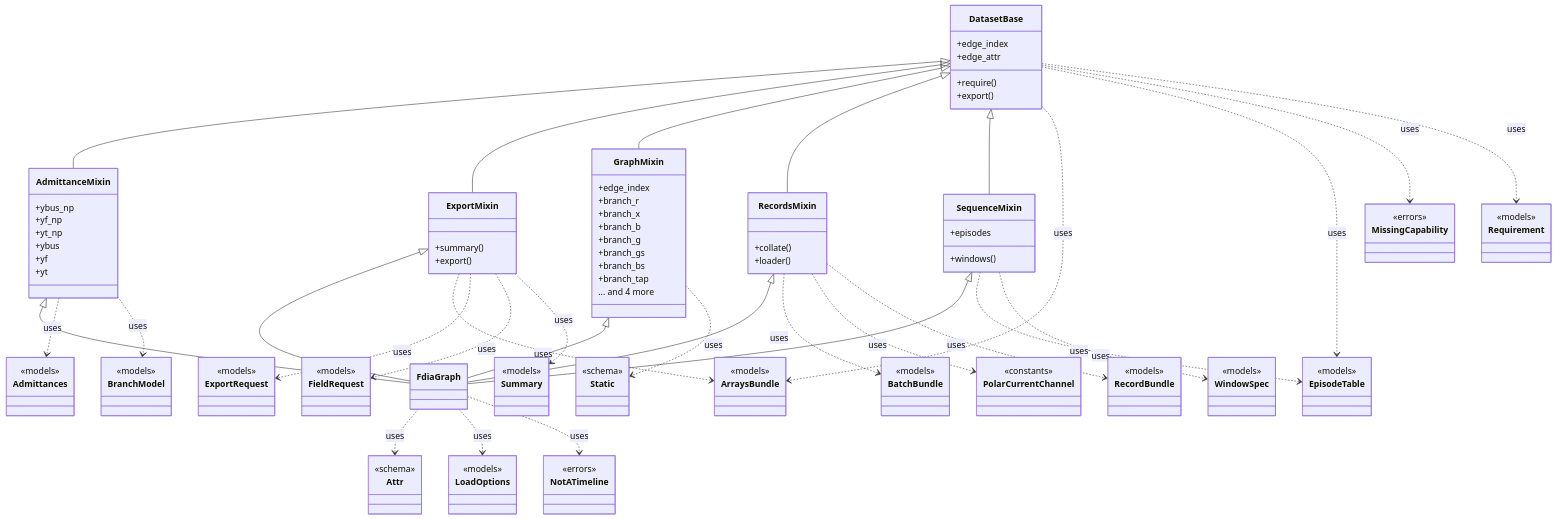
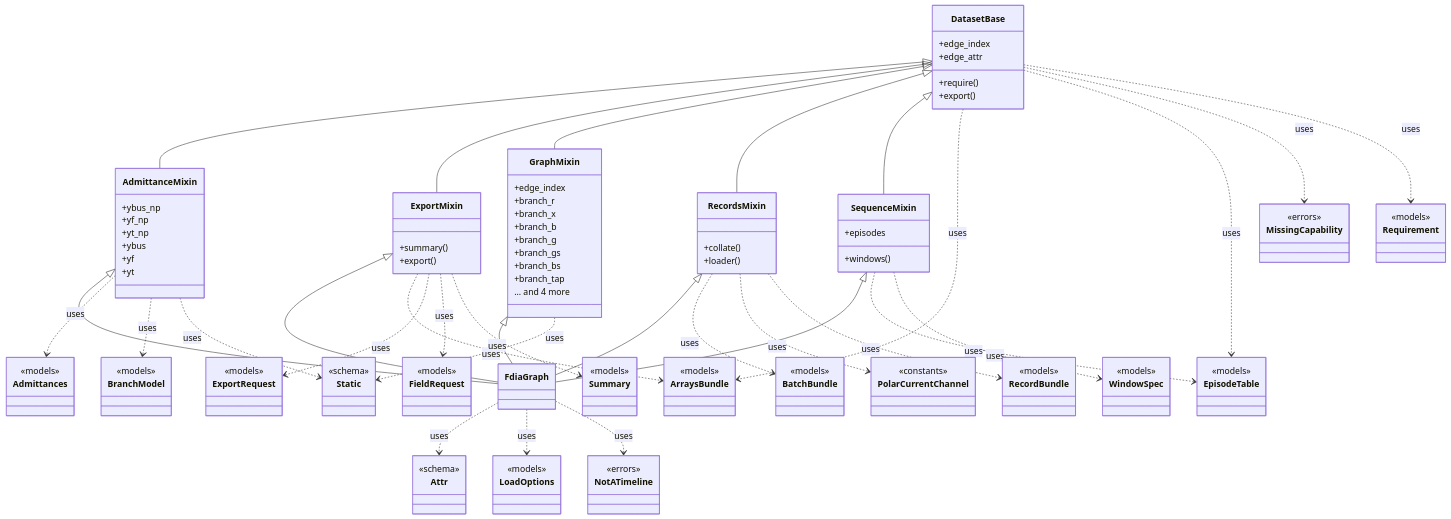
Before and after one commit to myersben9/fdia-graph: the diagram in docs/figures/diagrams/classes_dataset.mmd, drawn with Mermaid. The commit also changed 67 other files, not shown here.

```diff
--- a/docs/figures/diagrams/classes_dataset.mmd
+++ b/docs/figures/diagrams/classes_dataset.mmd
@@ -1,120 +1,121 @@
 classDiagram
     class DatasetBase {
         +require()
         +edge_index
         +edge_attr
         +export()
     }
     class GraphMixin {
         +edge_index
         +branch_r
         +branch_x
         +branch_b
         +branch_g
         +branch_gs
         +branch_bs
         +branch_tap
         ... and 4 more
     }
     class AdmittanceMixin {
         +ybus_np
         +yf_np
         +yt_np
         +ybus
         +yf
         +yt
     }
     class RecordsMixin {
         +collate()
         +loader()
     }
     class ExportMixin {
         +summary()
         +export()
     }
     class SequenceMixin {
         +windows()
         +episodes
     }
     class FdiaGraph {
     }
     class Admittances {
         <<models>>
     }
     class ArraysBundle {
         <<models>>
     }
     class Attr {
         <<schema>>
     }
     class BatchBundle {
         <<models>>
     }
     class BranchModel {
         <<models>>
     }
     class EpisodeTable {
         <<models>>
     }
     class ExportRequest {
         <<models>>
     }
     class FieldRequest {
         <<models>>
     }
     class LoadOptions {
         <<models>>
     }
     class MissingCapability {
         <<errors>>
     }
     class NotATimeline {
         <<errors>>
     }
     class PolarCurrentChannel {
         <<constants>>
     }
     class RecordBundle {
         <<models>>
     }
     class Requirement {
         <<models>>
     }
     class Static {
         <<schema>>
     }
     class Summary {
         <<models>>
     }
     class WindowSpec {
         <<models>>
     }
     AdmittanceMixin <|-- FdiaGraph
     DatasetBase <|-- AdmittanceMixin
     DatasetBase <|-- ExportMixin
     DatasetBase <|-- GraphMixin
     DatasetBase <|-- RecordsMixin
     DatasetBase <|-- SequenceMixin
     ExportMixin <|-- FdiaGraph
     GraphMixin <|-- FdiaGraph
     RecordsMixin <|-- FdiaGraph
     SequenceMixin <|-- FdiaGraph
     AdmittanceMixin ..> Admittances : uses
     AdmittanceMixin ..> BranchModel : uses
+    AdmittanceMixin ..> Static : uses
     DatasetBase ..> ArraysBundle : uses
     DatasetBase ..> EpisodeTable : uses
     DatasetBase ..> MissingCapability : uses
     DatasetBase ..> Requirement : uses
     ExportMixin ..> ArraysBundle : uses
     ExportMixin ..> ExportRequest : uses
     ExportMixin ..> FieldRequest : uses
     ExportMixin ..> Summary : uses
     FdiaGraph ..> Attr : uses
     FdiaGraph ..> LoadOptions : uses
     FdiaGraph ..> NotATimeline : uses
     GraphMixin ..> Static : uses
     RecordsMixin ..> BatchBundle : uses
     RecordsMixin ..> PolarCurrentChannel : uses
     RecordsMixin ..> RecordBundle : uses
     SequenceMixin ..> EpisodeTable : uses
     SequenceMixin ..> WindowSpec : uses
```
